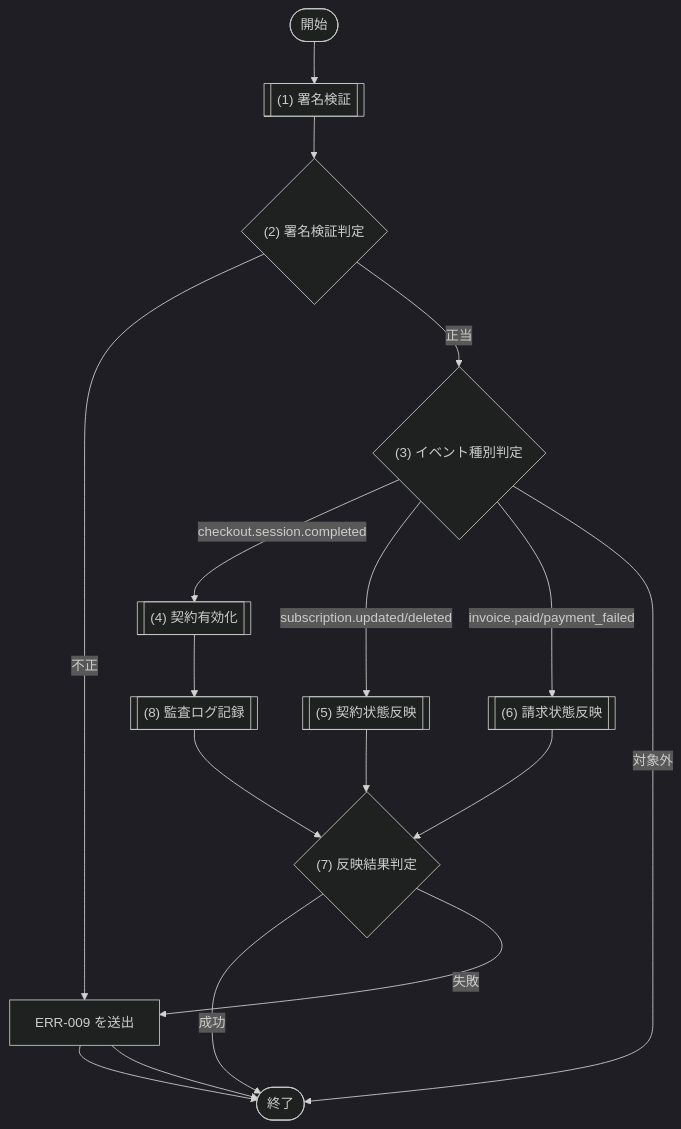
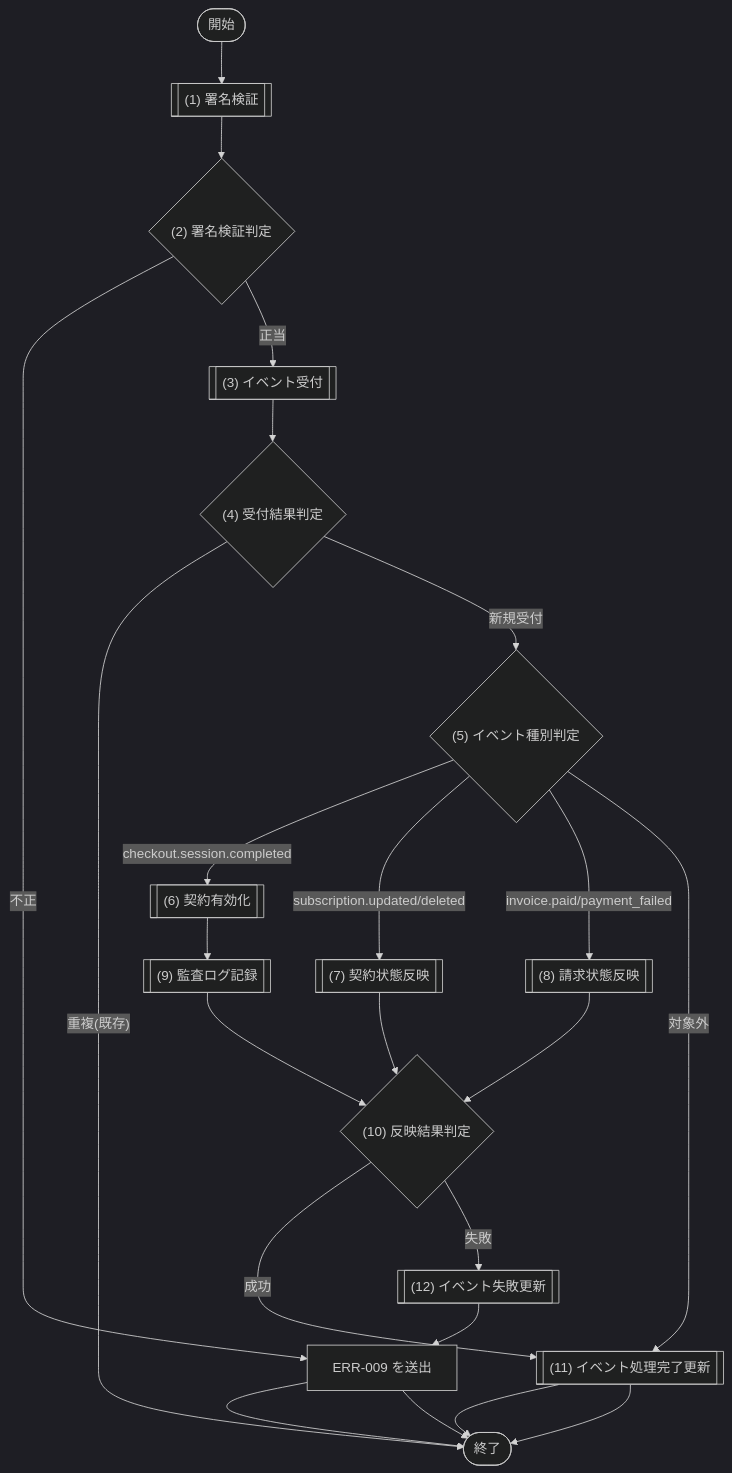
The third of 6 diagrams in docs/03_機能設計/06_モジュール設計/MOD-007_課金サービス.md (sikakou54/system-document-template), drawn with Mermaid (dark theme) before and after one commit. The commit also changed other lines of this file and 99 other files, not shown here.

````diff
--- a/docs/03_機能設計/06_モジュール設計/MOD-007_課金サービス.md
+++ b/docs/03_機能設計/06_モジュール設計/MOD-007_課金サービス.md
@@ -270,24 +270,30 @@
 ```mermaid
 flowchart TD
   Start([開始])
   P0[["(1) 署名検証"]]
   D1{"(2) 署名検証判定"}
-  D2{"(3) イベント種別判定"}
-  P1[["(4) 契約有効化"]]
-  P2[["(5) 契約状態反映"]]
-  P3[["(6) 請求状態反映"]]
-  P4[["(8) 監査ログ記録"]]
-  D3{"(7) 反映結果判定"}
+  P8[["(3) イベント受付"]]
+  D4{"(4) 受付結果判定"}
+  D2{"(5) イベント種別判定"}
+  P1[["(6) 契約有効化"]]
+  P2[["(7) 契約状態反映"]]
+  P3[["(8) 請求状態反映"]]
+  P4[["(9) 監査ログ記録"]]
+  D3{"(10) 反映結果判定"}
+  P5[["(11) イベント処理完了更新"]]
+  P6[["(12) イベント失敗更新"]]
   E1["ERR-009 を送出"]
   End([終了])
 
   Start --> P0 --> D1
   D1 -- "不正" --> E1 --> End
-  D1 -- "正当" --> D2
+  D1 -- "正当" --> P8 --> D4
+  D4 -- "重複(既存)" --> End
+  D4 -- "新規受付" --> D2
   D2 -- "checkout.session.completed" --> P1 --> P4 --> D3
   D2 -- "subscription.updated/deleted" --> P2 --> D3
   D2 -- "invoice.paid/payment_failed" --> P3 --> D3
-  D2 -- "対象外" --> End
-  D3 -- "成功" --> End
-  D3 -- "失敗" --> E1 --> End
+  D2 -- "対象外" --> P5 --> End
+  D3 -- "成功" --> P5 --> End
+  D3 -- "失敗" --> P6 --> E1 --> End
 ```
````
